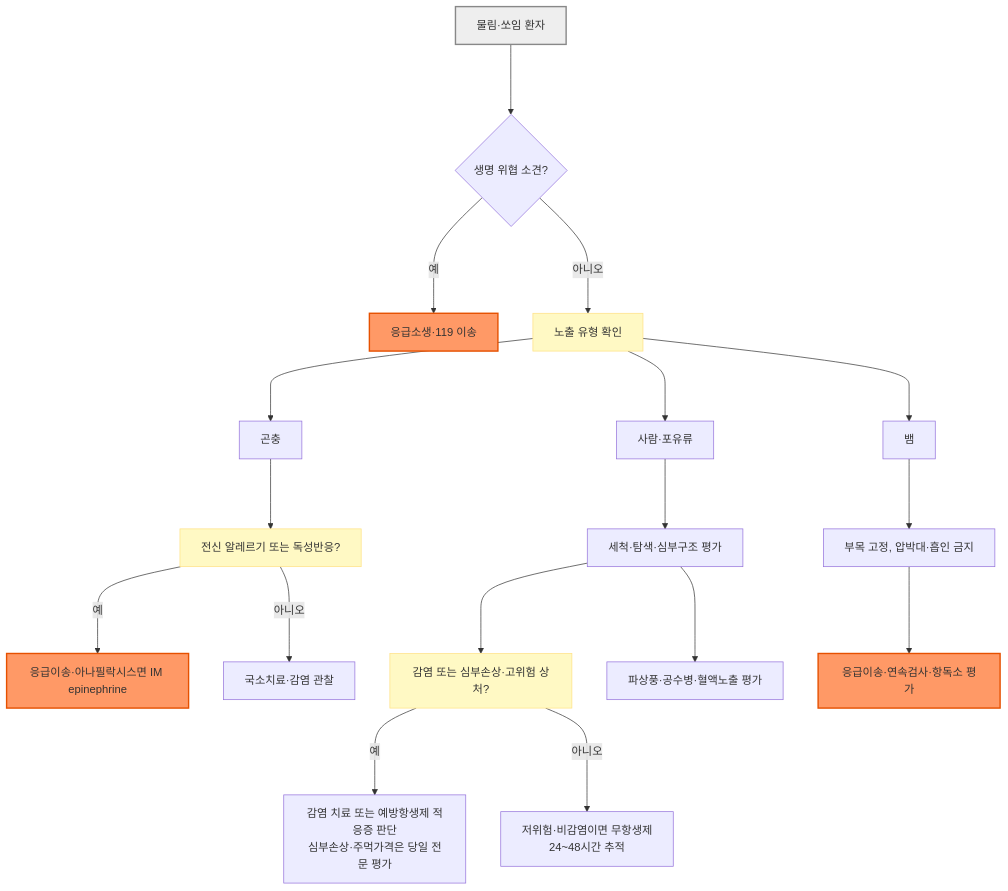
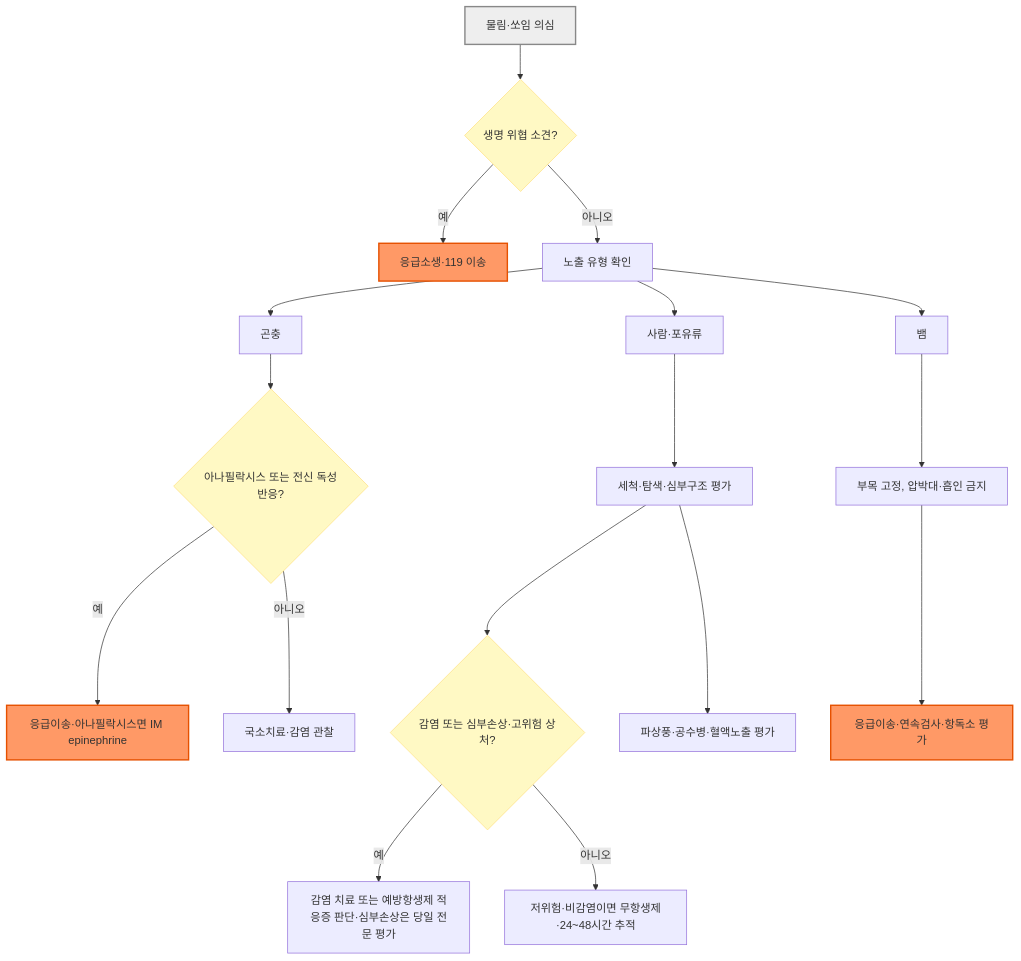
The diagram in 230_/204_-bites.md (familyoh77/familyoh77), drawn with Mermaid before and after one commit. The commit also changed other lines of this file and 5 other files, not shown here.

````diff
--- a/230_/204_-bites.md
+++ b/230_/204_-bites.md
@@ -68,29 +77,29 @@
 ```mermaid
 flowchart TD
-    A["물림·쏘임 환자"] ---> U{"생명 위협 소견?"}
-    U --->|예| UE["응급소생·119 이송"]
-    U --->|아니오| B["노출 유형 확인"]
-    B ---> I["곤충"]
-    B ---> M["사람·포유류"]
-    B ---> S["뱀"]
+    A["물림·쏘임 의심"] --> U{"생명 위협 소견?"}
+    U -->|예| UE["응급소생·119 이송"]
+    U -->|아니오| B["노출 유형 확인"]
+    B --> I["곤충"]
+    B --> M["사람·포유류"]
+    B --> S["뱀"]
 
-    I ---> IA["전신 알레르기 또는 독성반응?"]
-    IA --->|예| IE["응급이송·아나필락시스면 IM epinephrine"]
-    IA --->|아니오| IL["국소치료·감염 관찰"]
+    I --> IA{"아나필락시스 또는 전신 독성반응?"}
+    IA -->|예| IE["응급이송·아나필락시스면 IM epinephrine"]
+    IA -->|아니오| IL["국소치료·감염 관찰"]
 
-    M ---> MD["세척·탐색·심부구조 평가"]
-    MD ---> MH["감염 또는 심부손상·고위험 상처?"]
-    MH --->|예| MA["감염 치료 또는 예방항생제 적응증 판단<br/>심부손상·주먹가격은 당일 전문 평가"]
-    MH --->|아니오| MF["저위험·비감염이면 무항생제<br/>24~48시간 추적"]
-    MD ---> MP["파상풍·공수병·혈액노출 평가"]
+    M --> MD["세척·탐색·심부구조 평가"]
+    MD --> MH{"감염 또는 심부손상·고위험 상처?"}
+    MH -->|예| MA["감염 치료 또는 예방항생제 적응증 판단·심부손상은 당일 전문 평가"]
+    MH -->|아니오| MF["저위험·비감염이면 무항생제·24~48시간 추적"]
+    MD --> MP["파상풍·공수병·혈액노출 평가"]
 
-    S ---> SE["부목 고정, 압박대·흡인 금지"]
-    SE ---> SH["응급이송·연속검사·항독소 평가"]
+    S --> SE["부목 고정, 압박대·흡인 금지"]
+    SE --> SH["응급이송·연속검사·항독소 평가"]
 
     classDef startNode fill:#eeeeee,stroke:#888888,stroke-width:2px
     classDef question fill:#fff9c4,stroke:#ffe082
     classDef action fill:#f96,stroke:#e65100,stroke-width:2px
     class A startNode
-    class B,IA,MH question
+    class U,IA,MH question
     class IE,SH,UE action
 ```
````
